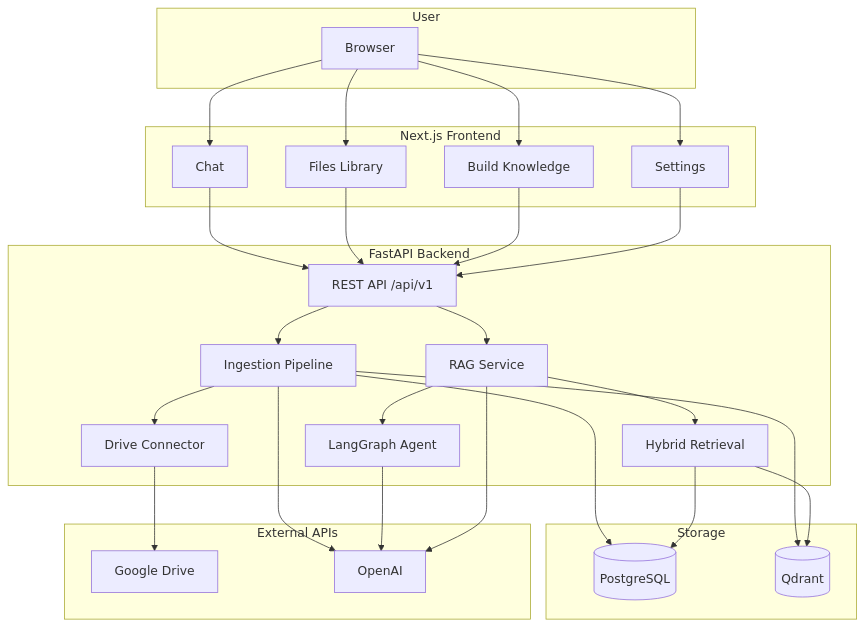
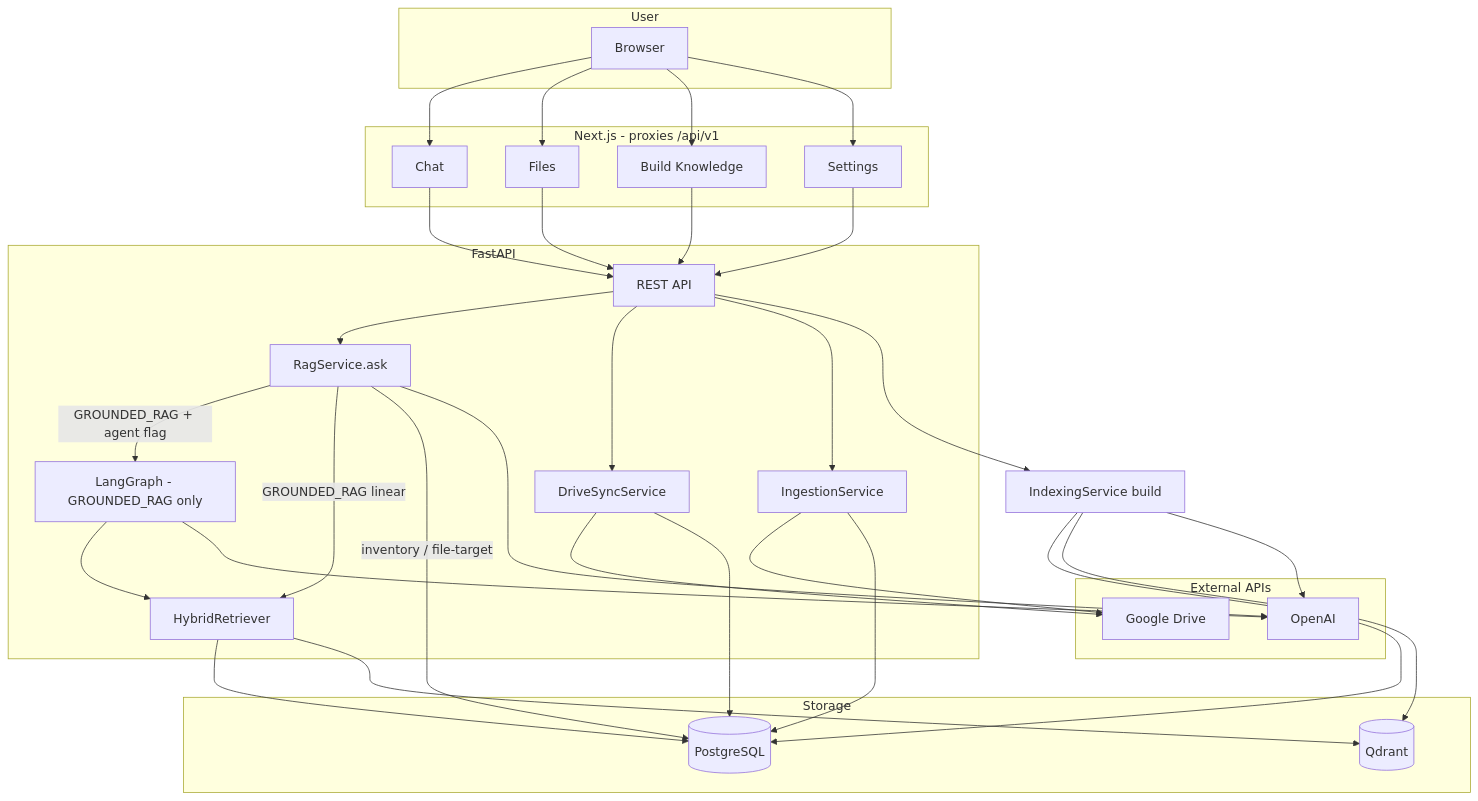
One commit to mahad816/DriveMind_AI changed the first of 7 diagrams in README.md. Above: the diagram before and after it, drawn with Mermaid. The commit also changed other lines of this file and 3 other files, not shown here.

Commit message:
docs: fix README diagrams to match actual RAG and indexing flows

````diff
--- a/README.md
+++ b/README.md
@@ -56,48 +56,51 @@
 ```mermaid
 flowchart TB
     subgraph UserLayer [User]
         U[Browser]
     end
 
-    subgraph Frontend [Next.js Frontend]
+    subgraph Frontend [Next.js - proxies /api/v1]
         Chat[Chat]
-        Files[Files Library]
+        Files[Files]
         IndexUI[Build Knowledge]
         Settings[Settings]
     end
 
-    subgraph Backend [FastAPI Backend]
-        API[REST API /api/v1]
-        RAG[RAG Service]
-        Agent[LangGraph Agent]
-        Retrieval[Hybrid Retrieval]
-        Ingest[Ingestion Pipeline]
-        DriveConn[Drive Connector]
+    subgraph Backend [FastAPI]
+        API[REST API]
+        RAG[RagService.ask]
+        Agent[LangGraph - GROUNDED_RAG only]
+        Hybrid[HybridRetriever]
+        Sync[DriveSyncService]
+        Ingest[IngestionService]
     end
 
     subgraph Storage [Storage]
         PG[(PostgreSQL)]
         QD[(Qdrant)]
     end
 
     subgraph External [External APIs]
         GD[Google Drive]
         OAI[OpenAI]
     end
 
     U --> Chat & Files & IndexUI & Settings
     Chat & Files & IndexUI & Settings --> API
     API --> RAG
-    RAG --> Agent
-    RAG --> Retrieval
-    API --> Ingest
-    Ingest --> DriveConn
-    DriveConn --> GD
+    API --> Sync & Ingest & Build[IndexingService build]
+    Sync --> GD
+    Ingest --> GD
+    Sync --> PG
     Ingest --> PG
-    Ingest --> QD
-    Ingest --> OAI
-    Retrieval --> PG
-    Retrieval --> QD
+    Build --> PG
+    Build --> QD
+    Build --> OAI
+    RAG -->|GROUNDED_RAG + agent flag| Agent
+    RAG -->|GROUNDED_RAG linear| Hybrid
+    RAG -->|inventory / file-target| PG
+    Agent --> Hybrid
+    Hybrid --> PG & QD
     Agent --> OAI
     RAG --> OAI
 ```
````
